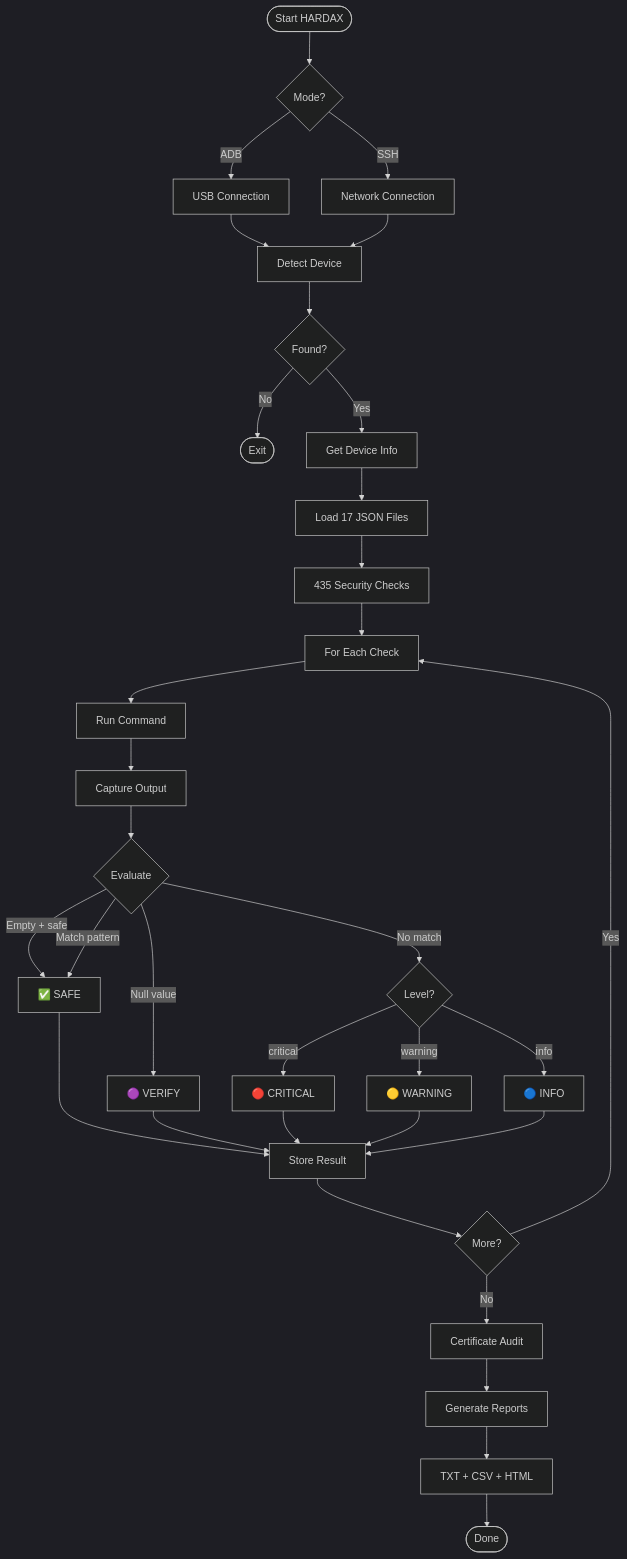
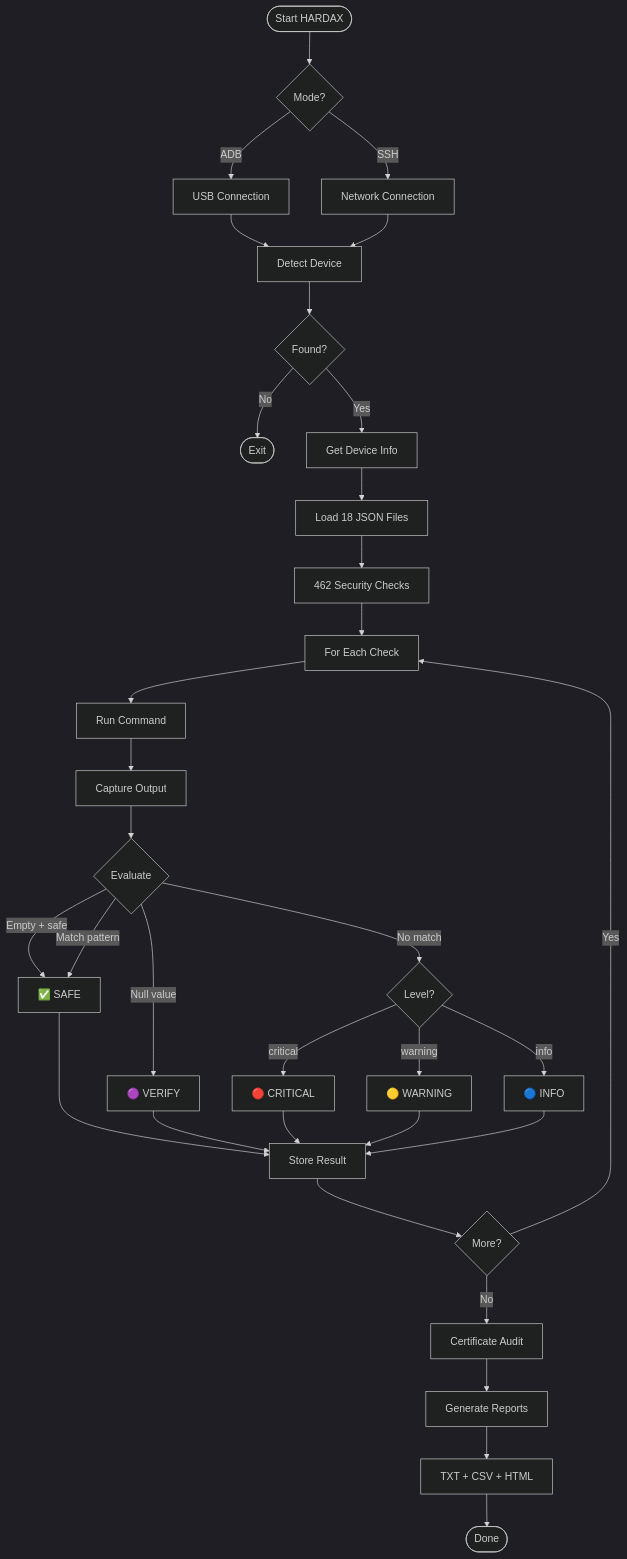
One commit to V33RU/hardax changed the diagram in README.md. Above: the diagram before and after it, drawn with Mermaid (dark theme). The commit also changed other lines of this file, not shown here.

````diff
--- a/README.md
+++ b/README.md
@@ -220,31 +222,31 @@
 ```mermaid
 flowchart TD
     A([Start HARDAX]) --> B{Mode?}
     B -->|ADB| C[USB Connection]
     B -->|SSH| D[Network Connection]
     C --> E[Detect Device]
     D --> E
     E --> F{Found?}
     F -->|No| G([Exit])
     F -->|Yes| H[Get Device Info]
-    H --> I[Load 17 JSON Files]
-    I --> J[435 Security Checks]
+    H --> I[Load 18 JSON Files]
+    I --> J[462 Security Checks]
     J --> K[For Each Check]
     K --> L[Run Command]
     L --> M[Capture Output]
     M --> N{Evaluate}
     N -->|Empty + safe| O[✅ SAFE]
     N -->|Match pattern| O
     N -->|Null value| P[🟣 VERIFY]
     N -->|No match| Q{Level?}
     Q -->|critical| R[🔴 CRITICAL]
     Q -->|warning| S[🟡 WARNING]
     Q -->|info| T[🔵 INFO]
     O & P & R & S & T --> U[Store Result]
     U --> V{More?}
     V -->|Yes| K
     V -->|No| W[Certificate Audit]
     W --> X[Generate Reports]
     X --> Y[TXT + CSV + HTML]
     Y --> Z([Done])
 ```
````
